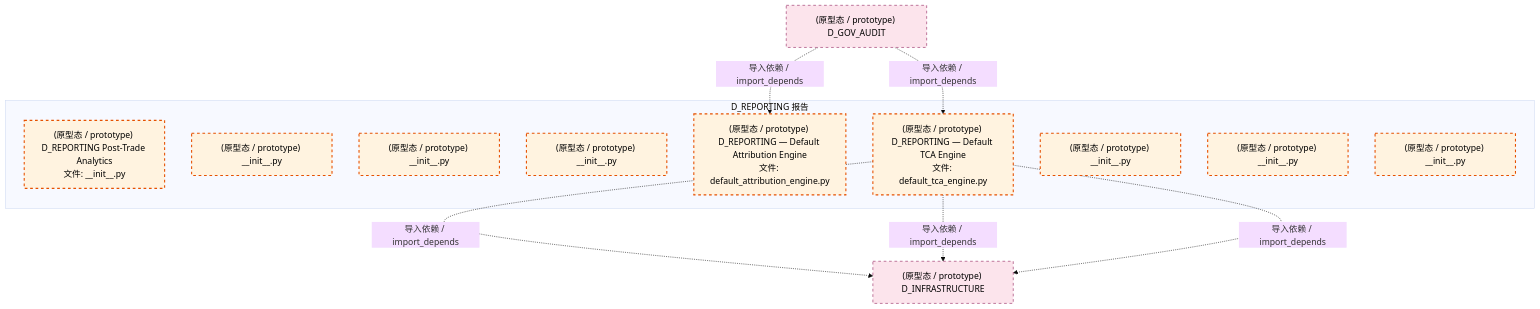
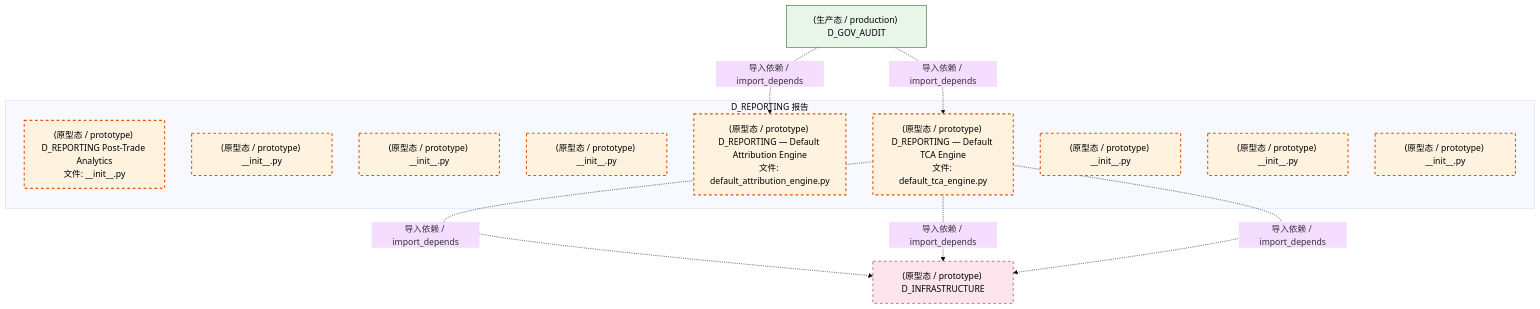
The third of 4 diagrams in docs/02_enterprise_architecture/02_domain_architecture_docs/21_d_reporting.md (xuanFelixVan/ZephyrAlpha), drawn with Mermaid (base theme) before and after one commit. The commit also changed other lines of this file and 122 other files, not shown here.

````diff
--- a/docs/02_enterprise_architecture/02_domain_architecture_docs/21_d_reporting.md
+++ b/docs/02_enterprise_architecture/02_domain_architecture_docs/21_d_reporting.md
@@ -144,27 +145,28 @@
 ```mermaid
 graph TD
     subgraph D_REPORTING["D_REPORTING 报告"]
         src_zephyr_reporting_init_py["(原型态 / prototype) D_REPORTING Post-Trade Analytics<br/>文件: __init__.py"]
         src_zephyr_reporting_extensions_init_py["(原型态 / prototype) __init__.py"]
         src_zephyr_reporting_api_init_py["(原型态 / prototype) __init__.py"]
         src_zephyr_reporting_core_init_py["(原型态 / prototype) __init__.py"]
         src_zephyr_reporting_default_attribution_engine_py["(原型态 / prototype) D_REPORTING — Default Attribution Engine<br/>文件: default_attribution_engine.py"]
         src_zephyr_reporting_default_tca_engine_py["(原型态 / prototype) D_REPORTING — Default TCA Engine<br/>文件: default_tca_engine.py"]
         src_zephyr_reporting_infrastructure_init_py["(原型态 / prototype) __init__.py"]
         src_zephyr_reporting_models_init_py["(原型态 / prototype) __init__.py"]
         src_zephyr_reporting_services_init_py["(原型态 / prototype) __init__.py"]
     end
     D_INFRASTRUCTURE["(原型态 / prototype) D_INFRASTRUCTURE"]
     src_zephyr_reporting_default_tca_engine_py -.->|导入依赖 / import_depends| D_INFRASTRUCTURE
     src_zephyr_reporting_default_tca_engine_py -.->|导入依赖 / import_depends| D_INFRASTRUCTURE
     src_zephyr_reporting_default_tca_engine_py -.->|导入依赖 / import_depends| D_INFRASTRUCTURE
-    D_GOV_AUDIT["(原型态 / prototype) D_GOV_AUDIT"]
+    D_GOV_AUDIT["(生产态 / production) D_GOV_AUDIT"]
+    D_GOV_AUDIT -.->|导入依赖 / import_depends| src_zephyr_reporting_default_tca_engine_py
     D_GOV_AUDIT -.->|导入依赖 / import_depends| src_zephyr_reporting_default_attribution_engine_py
-    D_GOV_AUDIT -.->|导入依赖 / import_depends| src_zephyr_reporting_default_tca_engine_py
     classDef production fill:#e1f5fe,stroke:#01579b,stroke-width:2px,color:#000
     classDef design fill:#fff3e0,stroke:#e65100,stroke-width:2px,color:#000,stroke-dasharray: 5 5
     classDef external_prod fill:#e8f5e9,stroke:#1b5e20,stroke-width:1px,color:#000
     classDef external_design fill:#fce4ec,stroke:#880e4f,stroke-width:1px,color:#000,stroke-dasharray: 5 5
     class src_zephyr_reporting_init_py,src_zephyr_reporting_extensions_init_py,src_zephyr_reporting_api_init_py,src_zephyr_reporting_core_init_py,src_zephyr_reporting_default_attribution_engine_py,src_zephyr_reporting_default_tca_engine_py,src_zephyr_reporting_infrastructure_init_py,src_zephyr_reporting_models_init_py,src_zephyr_reporting_services_init_py design
-    class D_INFRASTRUCTURE,D_GOV_AUDIT external_design
+    class D_GOV_AUDIT external_prod
+    class D_INFRASTRUCTURE external_design
 ```
````
